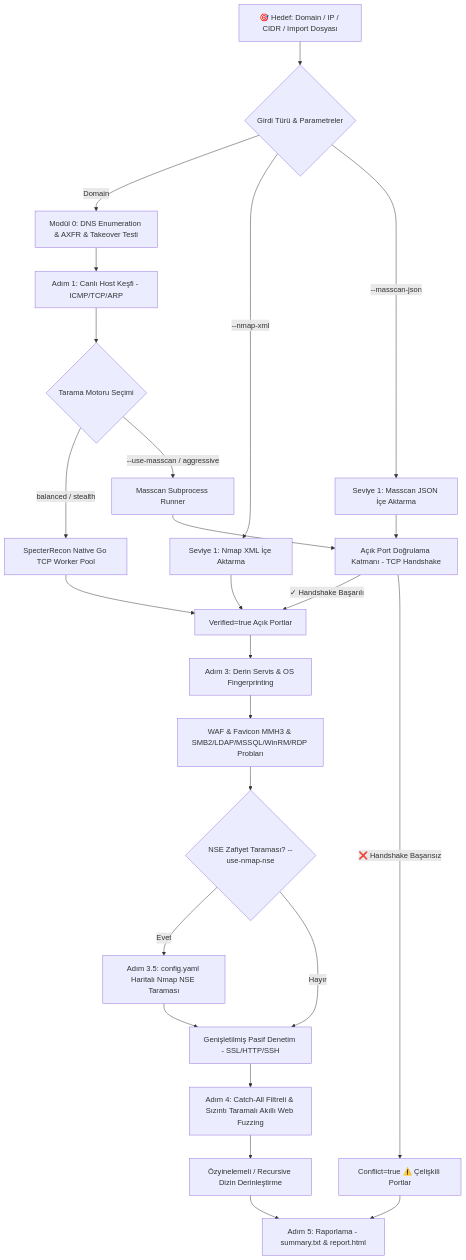
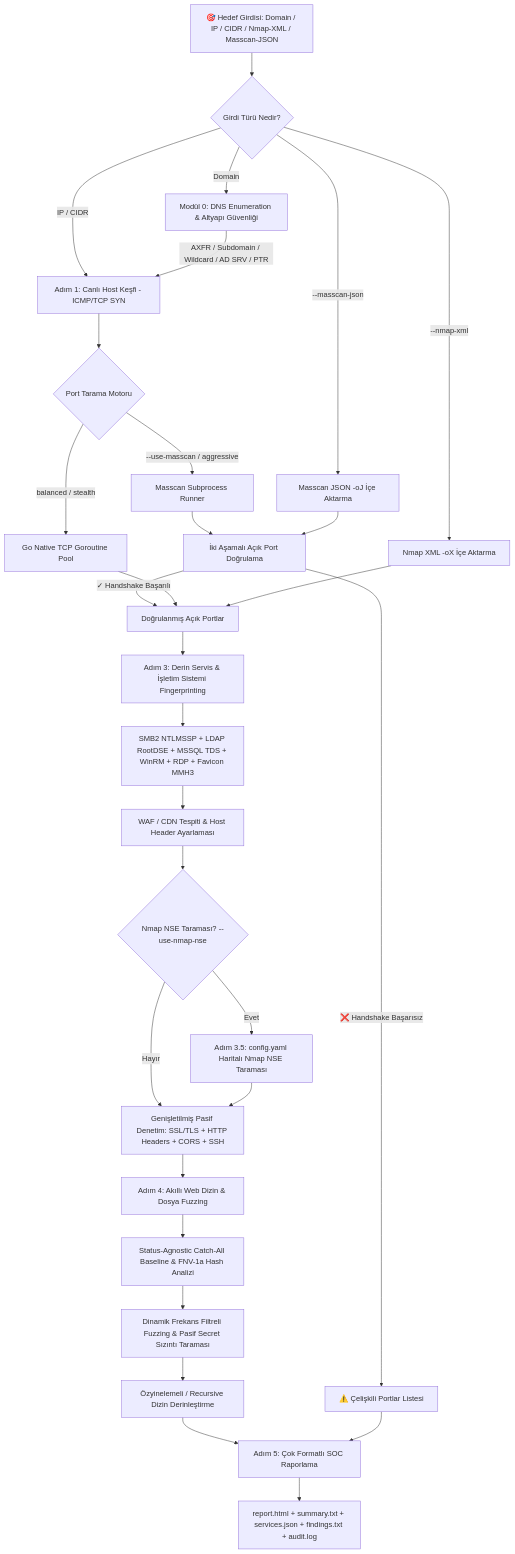
One commit to 1Ssalih/SpecterRecon changed the diagram in README.md. Above: the diagram before and after it, drawn with Mermaid. The commit also changed other lines of this file and 12 other files, not shown here.

First line of the commit message:
feat(core): implement comprehensive recon fixes v3, status-agnostic catch-all filter, and ultra-detailed README

````diff
--- a/README.md
+++ b/README.md
@@ -91,36 +106,49 @@
 ```mermaid
 flowchart TD
-    A[🎯 Hedef: Domain / IP / CIDR / Import Dosyası] --> B{Girdi Türü & Parametreler}
+    Start[🎯 Hedef Girdisi: Domain / IP / CIDR / Nmap-XML / Masscan-JSON] --> Decision{Girdi Türü Nedir?}
     
-    B -->|Domain| C[Modül 0: DNS Enumeration & AXFR & Takeover Testi]
-    B -->|--nmap-xml| D[Seviye 1: Nmap XML İçe Aktarma]
-    B -->|--masscan-json| E[Seviye 1: Masscan JSON İçe Aktarma]
+    %% DNS ve İçe Aktarma
+    Decision -->|Domain| Step0[Modül 0: DNS Enumeration & Altyapı Güvenliği]
+    Decision -->|--nmap-xml| ImportNmap[Nmap XML -oX İçe Aktarma]
+    Decision -->|--masscan-json| ImportMasscan[Masscan JSON -oJ İçe Aktarma]
+    Decision -->|IP / CIDR| Step1[Adım 1: Canlı Host Keşfi - ICMP/TCP SYN]
     
-    C --> F[Adım 1: Canlı Host Keşfi - ICMP/TCP/ARP]
+    Step0 -->|AXFR / Subdomain / Wildcard / AD SRV / PTR| Step1
     
-    F --> G{Tarama Motoru Seçimi}
-    G -->|balanced / stealth| H[SpecterRecon Native Go TCP Worker Pool]
-    G -->|--use-masscan / aggressive| I[Masscan Subprocess Runner]
+    %% Port Tarama
+    Step1 --> EngineSelect{Port Tarama Motoru}
+    EngineSelect -->|balanced / stealth| NativeScan[Go Native TCP Goroutine Pool]
+    EngineSelect -->|--use-masscan / aggressive| MasscanRun[Masscan Subprocess Runner]
     
-    E --> J[Açık Port Doğrulama Katmanı - TCP Handshake]
-    I --> J
+    %% Port Teyit ve Çelişki
+    MasscanRun --> VerifyLayer[İki Aşamalı Açık Port Doğrulama]
+    ImportMasscan --> VerifyLayer
     
-    J -->|✓ Handshake Başarılı| K[Verified=true Açık Portlar]
-    J -->|❌ Handshake Başarısız| L[Conflict=true ⚠️ Çelişkili Portlar]
+    VerifyLayer -->|✓ Handshake Başarılı| VerifiedPorts[Doğrulanmış Açık Portlar]
+    VerifyLayer -->|❌ Handshake Başarısız| ConflictPorts[⚠️ Çelişkili Portlar Listesi]
     
-    H --> K
-    D --> K
+    NativeScan --> VerifiedPorts
+    ImportNmap --> VerifiedPorts
     
-    K --> M[Adım 3: Derin Servis & OS Fingerprinting]
-    M --> N[WAF & Favicon MMH3 & SMB2/LDAP/MSSQL/WinRM/RDP Probları]
+    %% Banner & Derin Fingerprint
+    VerifiedPorts --> Step3[Adım 3: Derin Servis & İşletim Sistemi Fingerprinting]
+    Step3 --> DeepProbes[SMB2 NTLMSSP + LDAP RootDSE + MSSQL TDS + WinRM + RDP + Favicon MMH3]
+    DeepProbes --> WAFDetect[WAF / CDN Tespiti & Host Header Ayarlaması]
     
-    N --> O{NSE Zafiyet Taraması? --use-nmap-nse}
-    O -->|Evet| P[Adım 3.5: config.yaml Haritalı Nmap NSE Taraması]
-    O -->|Hayır| Q[Genişletilmiş Pasif Denetim - SSL/HTTP/SSH]
-    P --> Q
+    %% NSE ve Pasif Modüller
+    WAFDetect --> NSECheck{Nmap NSE Taraması? --use-nmap-nse}
+    NSECheck -->|Evet| NSERun[Adım 3.5: config.yaml Haritalı Nmap NSE Taraması]
+    NSECheck -->|Hayır| ExtendedPassive[Genişletilmiş Pasif Denetim: SSL/TLS + HTTP Headers + CORS + SSH]
+    NSERun --> ExtendedPassive
     
-    Q --> R[Adım 4: Catch-All Filtreli & Sızıntı Taramalı Akıllı Web Fuzzing]
-    R --> R2[Özyinelemeli / Recursive Dizin Derinleştirme]
-    R2 --> S[Adım 5: Raporlama - summary.txt & report.html]
-    L --> S
+    %% Web Fuzzing
+    ExtendedPassive --> Step4[Adım 4: Akıllı Web Dizin & Dosya Fuzzing]
+    Step4 --> BaselineProbe[Status-Agnostic Catch-All Baseline & FNV-1a Hash Analizi]
+    BaselineProbe --> DynamicFuzz[Dinamik Frekans Filtreli Fuzzing & Pasif Secret Sızıntı Taraması]
+    DynamicFuzz --> RecursiveFuzz[Özyinelemeli / Recursive Dizin Derinleştirme]
+    
+    %% Raporlama
+    RecursiveFuzz --> Step5[Adım 5: Çok Formatlı SOC Raporlama]
+    ConflictPorts --> Step5
+    Step5 --> ReportOutput[report.html + summary.txt + services.json + findings.txt + audit.log]
 ```
````
